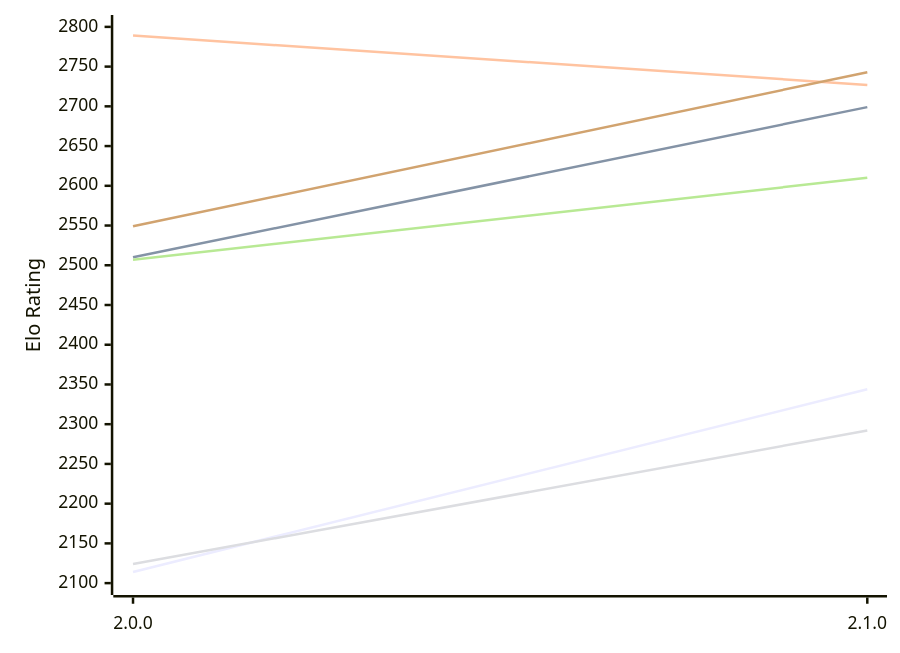
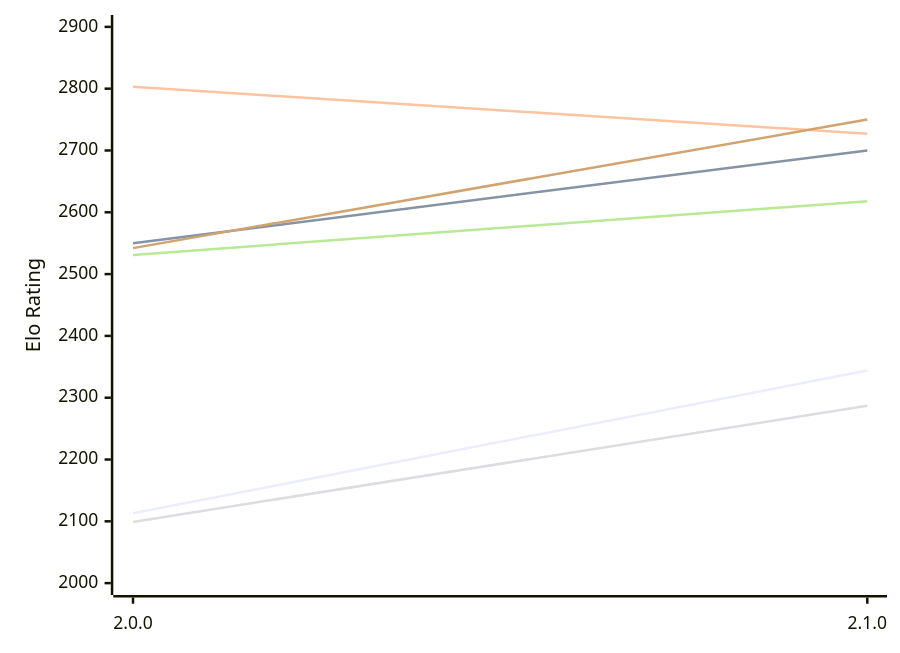
One commit to computer-chess-index/cci changed the first of 2 diagrams in engines/Ratsu.md. Above: the diagram before and after it, drawn with Mermaid. The commit also changed other lines of this file, not shown here.

Commit message:
Update CCI Ratings (ELO VLTC) - 2026-11-17

````diff
--- a/engines/Ratsu.md
+++ b/engines/Ratsu.md
@@ -54,12 +54,12 @@
 ```mermaid
 %%{init: {"theme":"base","themeVariables":{"seriesColors:['#a3a3a3','#222221','#faa371']}}}%%
 xychart-beta
   x-axis ["2.0.0", "2.1.0"]
-  y-axis "Elo Rating" 2100 --> 2800
-  line "E1: STC (8.0+0.08s)" [2114, 2344]
-  line "E1: LTC (60.0+0.60s)" [2510, 2699]
-  line "E1: VLTC (2m24s+1.12s)" [2789, 2727]
-  line "P1: STC (8.0+0.08s)" [2124, 2292]
-  line "P1: LTC (60.0+0.60s)" [2507, 2610]
-  line "P1: VLTC (2m24s+1.12s)" [2549, 2743]
+  y-axis "Elo Rating" 2000 --> 2900
+  line "E1: STC (8.0+0.08s)" [2113, 2344]
+  line "E1: LTC (60.0+0.60s)" [2550, 2700]
+  line "E1: VLTC (2m24s+1.12s)" [2803, 2727]
+  line "P1: STC (8.0+0.08s)" [2099, 2287]
+  line "P1: LTC (60.0+0.60s)" [2531, 2618]
+  line "P1: VLTC (2m24s+1.12s)" [2542, 2750]
 ```
````
